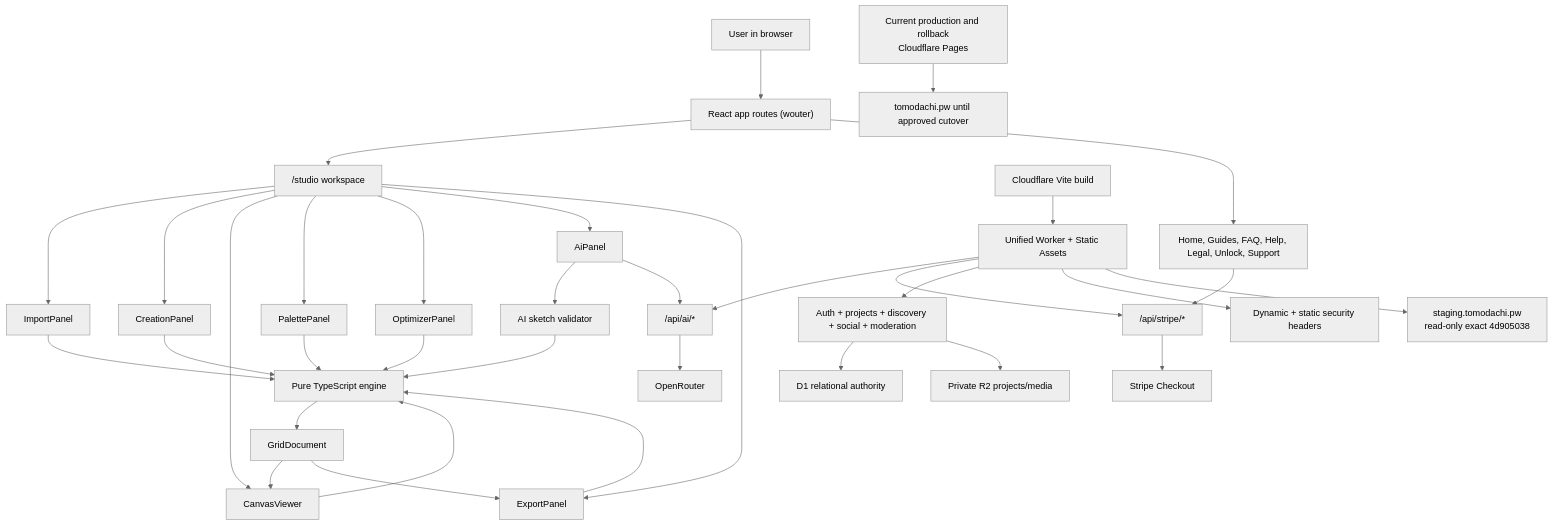
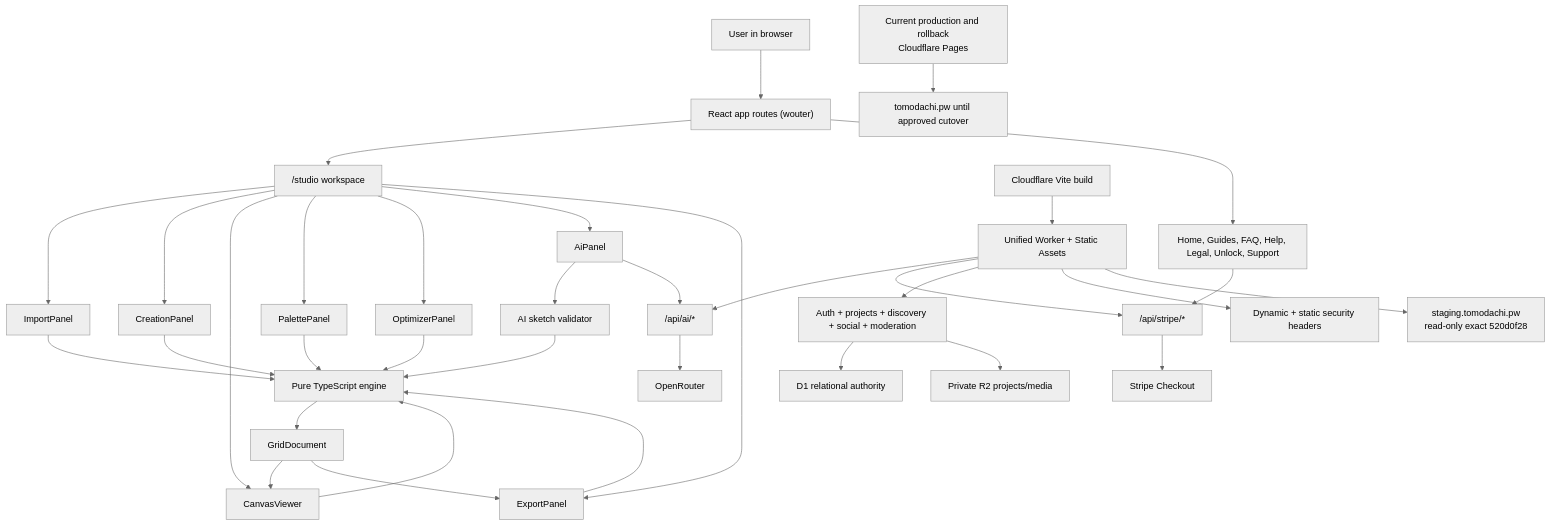
Before and after one commit to RazonIn4K/Mii-pixelart: the first of 8 diagrams in living-the-grid-studio/PROJECT_STACK_AND_IMPLEMENTATION.md, drawn with Mermaid (neutral theme). The commit also changed other lines of this file and 6 other files, not shown here.

````diff
--- a/living-the-grid-studio/PROJECT_STACK_AND_IMPLEMENTATION.md
+++ b/living-the-grid-studio/PROJECT_STACK_AND_IMPLEMENTATION.md
@@ -74,44 +74,44 @@
 ```mermaid
 flowchart TD
   User["User in browser"] --> Routes["React app routes (wouter)"]
   Routes --> Studio["/studio workspace"]
   Routes --> SitePages["Home, Guides, FAQ, Help, Legal, Unlock, Support"]
 
   Studio --> Import["ImportPanel"]
   Studio --> Create["CreationPanel"]
   Studio --> Canvas["CanvasViewer"]
   Studio --> Palette["PalettePanel"]
   Studio --> Optimize["OptimizerPanel"]
   Studio --> AI["AiPanel"]
   Studio --> Export["ExportPanel"]
 
   Import --> Engine["Pure TypeScript engine"]
   Create --> Engine
   Canvas --> Engine
   Palette --> Engine
   Optimize --> Engine
   AI --> AiSketch["AI sketch validator"]
   AiSketch --> Engine
   Export --> Engine
 
   Engine --> GridDoc["GridDocument"]
   GridDoc --> Canvas
   GridDoc --> Export
 
   AI --> ApiAI["/api/ai/*"]
   ApiAI --> OpenRouter["OpenRouter"]
 
   SitePages --> ApiStripe["/api/stripe/*"]
   ApiStripe --> Stripe["Stripe Checkout"]
 
   BrowserBuild["Cloudflare Vite build"] --> Worker["Unified Worker + Static Assets"]
   Worker --> ApiAI
   Worker --> ApiStripe
   Worker --> Community["Auth + projects + discovery + social + moderation"]
   Community --> D1["D1 relational authority"]
   Community --> R2["Private R2 projects/media"]
   Worker --> Headers["Dynamic + static security headers"]
 
-  Worker --> Staging["staging.tomodachi.pw\nread-only exact 4d905038"]
+  Worker --> Staging["staging.tomodachi.pw\nread-only exact 520d0f28"]
   LegacyPages["Current production and rollback\nCloudflare Pages"] --> Live["tomodachi.pw until approved cutover"]
 ```
````
